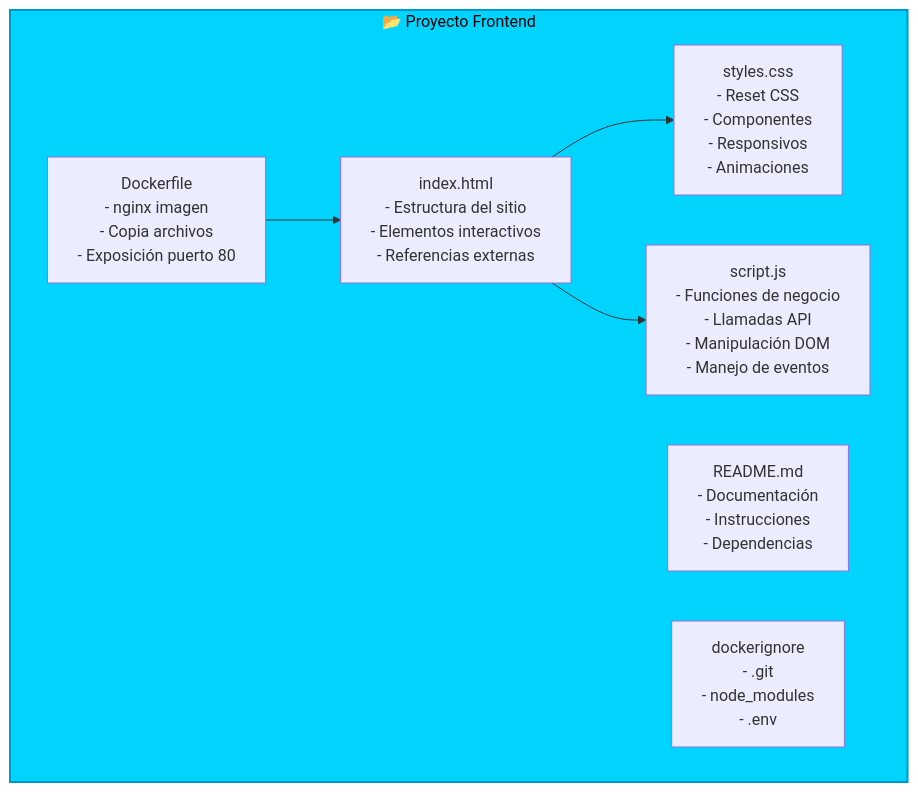
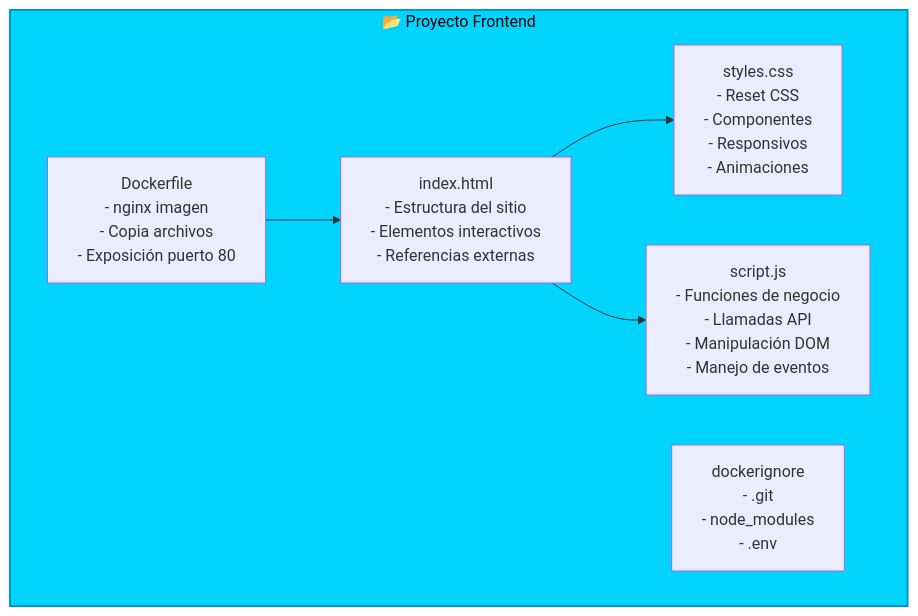
One commit to ch1fl1n/Patrones-Arqui changed the sixth of 6 diagrams in README.md. Above: the diagram before and after it, drawn with Mermaid. The commit also changed other lines of this file, not shown here.

````diff
--- a/README.md
+++ b/README.md
@@ -246,22 +223,20 @@
 ```mermaid
 graph
     subgraph Web["📂 Proyecto Frontend"]
         HTML_file["index.html<br/>- Estructura del sitio<br/>- Elementos interactivos<br/>- Referencias externas"]
         
         CSS_file["styles.css<br/>- Reset CSS<br/>- Componentes<br/>- Responsivos<br/>- Animaciones"]
         
         JS_file["script.js<br/>- Funciones de negocio<br/>- Llamadas API<br/>- Manipulación DOM<br/>- Manejo de eventos"]
-        
-        README_file["README.md<br/>- Documentación<br/>- Instrucciones<br/>- Dependencias"]
-        
+                
         Docker_file["Dockerfile<br/>- nginx imagen<br/>- Copia archivos<br/>- Exposición puerto 80"]
         
         Ignore["dockerignore<br/>- .git<br/>- node_modules<br/>- .env"]
     end
     
     HTML_file --> CSS_file
     HTML_file --> JS_file
     Docker_file --> HTML_file
     
     style Web fill:#00D4FF,stroke:#0099CC,stroke-width:2px,color:#000
 ```
````
